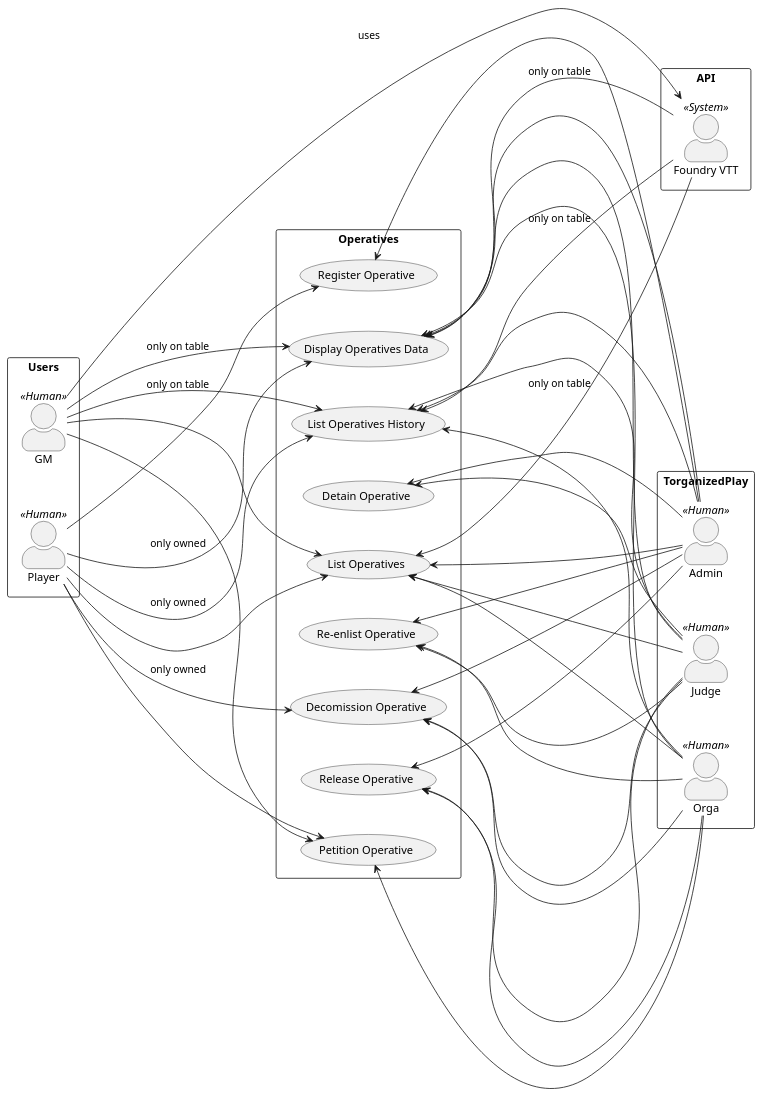
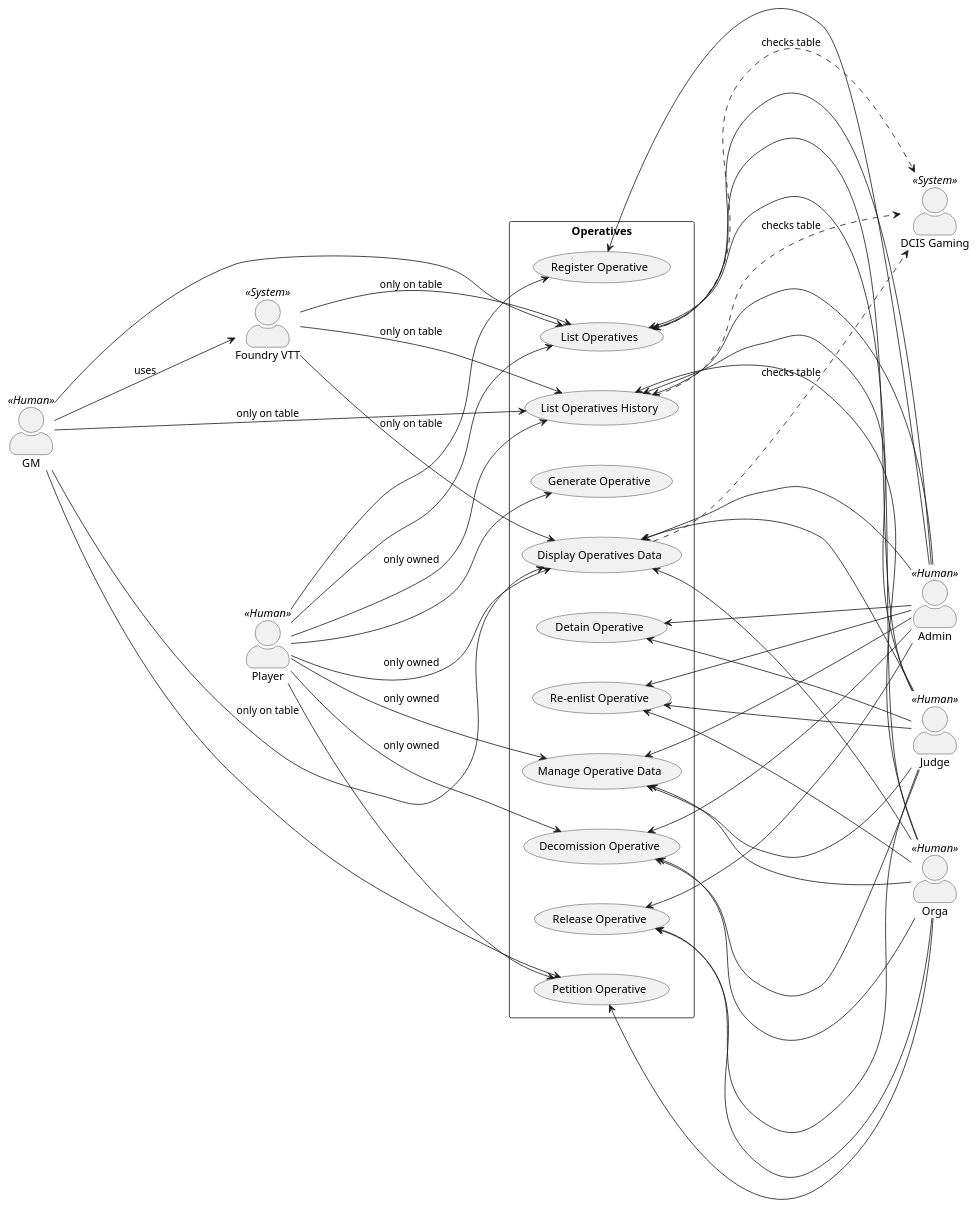
One commit to Paladins-Inn/torganized-play-architecture changed the diagram in src/main/docs/architecture/modules/arc42/pages/03_system_scope_and_context/operatives.adoc. Above: the diagram before and after it, drawn with PlantUML. The commit also changed 8 other files, not shown here.

Commit message:
Made the UML use case diagrams more readable and fleshed out the torg-codes one.

```diff
--- a/src/main/docs/architecture/modules/arc42/pages/03_system_scope_and_context/operatives.adoc
+++ b/src/main/docs/architecture/modules/arc42/pages/03_system_scope_and_context/operatives.adoc
@@ -10,24 +10,21 @@
 skinparam nodesep 50
 skinparam ranksep 200
 
-rectangle Users {
-    Player as user << Human >>
-    GM as gm << Human >>
-}
+Player as user << Human >>
+GM as gm << Human >>
 
-rectangle API {
-    :Foundry VTT: as foundryVTT << System >>
-}
+:Foundry VTT: as foundryVTT << System >>
+:DCIS Gaming: as dcisGaming << System >>
 
-rectangle TorganizedPlay {
-    Judge as judge << Human >>
-    Orga as orga << Human >>
-    Admin as admin << Human >>
-}
+Judge as judge << Human >>
+Orga as orga << Human >>
+Admin as admin << Human >>
 
 
 rectangle Operatives {
     usecase "Register Operative" as opreg
+    usecase "Generate Operative" as opgen
+    usecase "Manage Operative Data" as opedit
     usecase "List Operatives" as oplist
     usecase "List Operatives History" as ophistory
 
@@ -42,12 +39,18 @@
 }
 
 gm --> foundryVTT : uses
-oplist <-- foundryVTT : only on table
-opdata <-- foundryVTT : only on table
-ophistory <-- foundryVTT : only on table
+foundryVTT --> oplist : only on table
+foundryVTT --> opdata : only on table
+foundryVTT --> ophistory : only on table
+
+oplist ..> dcisGaming : checks table
+opdata ..> dcisGaming : checks table
+ophistory ..> dcisGaming : checks table
 
 user --> opreg
 user --> oplist
+user --> opgen
+user --> opedit : only owned
 user --> opdata : only owned
 user --> ophistory : only owned
 user --> opretire : only owned
@@ -58,6 +61,7 @@
 gm --> oppetition
 oplist <-- judge
 opdata <-- judge
+opedit <-- judge
 ophistory <-- judge
 opretire <-- judge
 opreenlist <-- judge
@@ -65,12 +69,14 @@
 oprelease <-- judge
 oplist <-- orga
 opdata <-- orga
+opedit <-- orga
 ophistory <-- orga
 opretire <-- orga
 opreenlist <-- orga
 oppetition <-- orga
 oprelease <-- orga
 opreg <-- admin
+opedit <-- admin
 oplist <-- admin
 opdata <-- admin
 ophistory <-- admin
```
